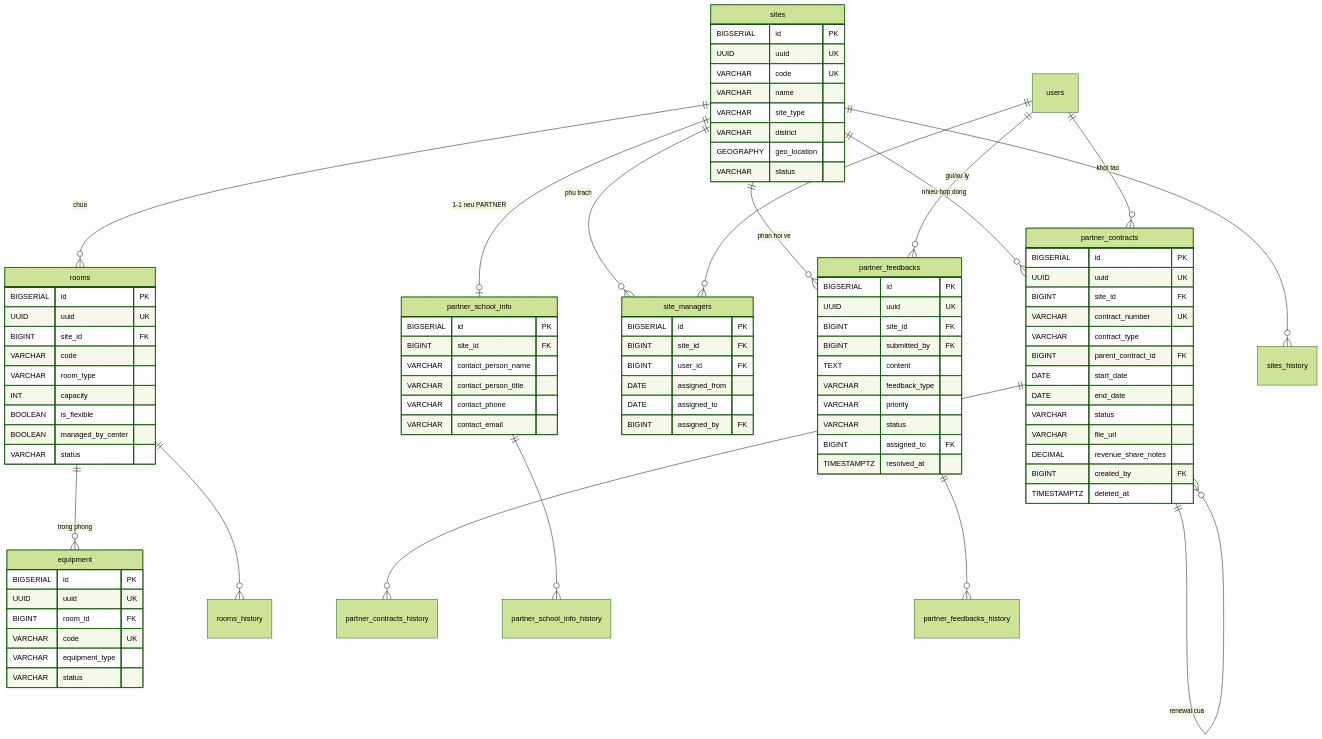
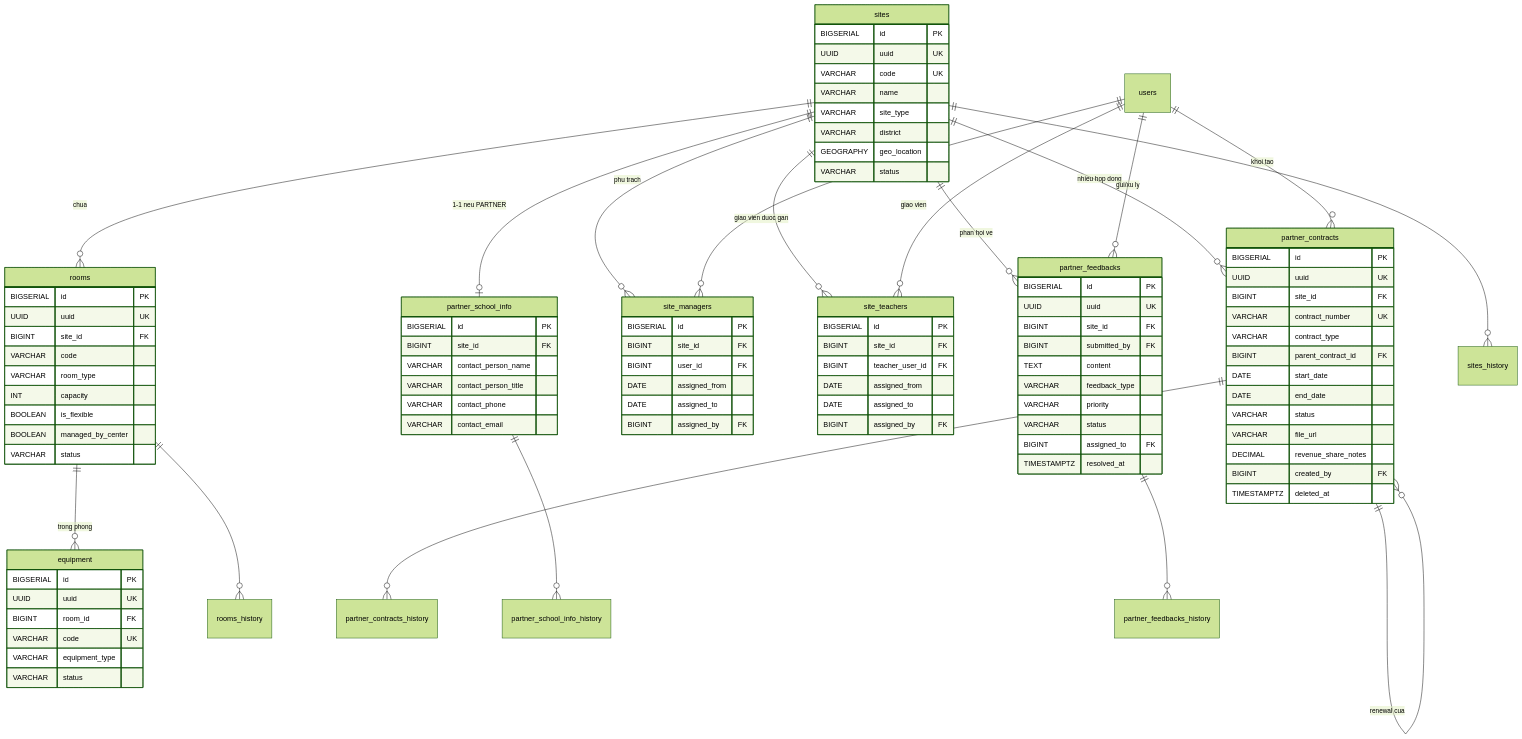
The diagram in docs/diagrams/erd/ERD-Nhom2-CoSoVatChat.mmd (langtuananh2424/pps-education), drawn with Mermaid (forest theme) before and after one commit. The commit also changed 24 other files, not shown here.

First line of the commit message:
feat(facility,academic): gan giao vien vao diem truong + gioi han xem lop hoc/diem danh theo site

```diff
--- a/docs/diagrams/erd/ERD-Nhom2-CoSoVatChat.mmd
+++ b/docs/diagrams/erd/ERD-Nhom2-CoSoVatChat.mmd
@@ -1,98 +1,109 @@
 erDiagram
     sites ||--o| partner_school_info : "1-1 neu PARTNER"
     sites ||--o{ partner_contracts : "nhieu hop dong"
     sites ||--o{ site_managers : "phu trach"
+    sites ||--o{ site_teachers : "giao vien duoc gan"
     sites ||--o{ rooms : "chua"
     sites ||--o{ partner_feedbacks : "phan hoi ve"
     sites ||--o{ sites_history : ""
 
     rooms ||--o{ equipment : "trong phong"
     rooms ||--o{ rooms_history : ""
 
     users ||--o{ site_managers : ""
+    users ||--o{ site_teachers : "giao vien"
     users ||--o{ partner_feedbacks : "gui/xu ly"
     users ||--o{ partner_contracts : "khoi tao"
 
     partner_contracts ||--o{ partner_contracts : "renewal cua"
     partner_contracts ||--o{ partner_contracts_history : ""
     partner_school_info ||--o{ partner_school_info_history : ""
     partner_feedbacks ||--o{ partner_feedbacks_history : ""
 
     sites {
         BIGSERIAL id PK
         UUID uuid UK
         VARCHAR code UK
         VARCHAR name
         VARCHAR site_type
         VARCHAR district
         GEOGRAPHY geo_location
         VARCHAR status
     }
 
     partner_school_info {
         BIGSERIAL id PK
         BIGINT site_id FK
         VARCHAR contact_person_name
         VARCHAR contact_person_title
         VARCHAR contact_phone
         VARCHAR contact_email
     }
 
     partner_contracts {
         BIGSERIAL id PK
         UUID uuid UK
         BIGINT site_id FK
         VARCHAR contract_number UK
         VARCHAR contract_type
         BIGINT parent_contract_id FK
         DATE start_date
         DATE end_date
         VARCHAR status
         VARCHAR file_url
         DECIMAL revenue_share_notes
         BIGINT created_by FK
         TIMESTAMPTZ deleted_at
     }
 
     site_managers {
         BIGSERIAL id PK
         BIGINT site_id FK
         BIGINT user_id FK
         DATE assigned_from
         DATE assigned_to
         BIGINT assigned_by FK
     }
 
+    site_teachers {
+        BIGSERIAL id PK
+        BIGINT site_id FK
+        BIGINT teacher_user_id FK
+        DATE assigned_from
+        DATE assigned_to
+        BIGINT assigned_by FK
+    }
+
     rooms {
         BIGSERIAL id PK
         UUID uuid UK
         BIGINT site_id FK
         VARCHAR code
         VARCHAR room_type
         INT capacity
         BOOLEAN is_flexible
         BOOLEAN managed_by_center
         VARCHAR status
     }
 
     equipment {
         BIGSERIAL id PK
         UUID uuid UK
         BIGINT room_id FK
         VARCHAR code UK
         VARCHAR equipment_type
         VARCHAR status
     }
 
     partner_feedbacks {
         BIGSERIAL id PK
         UUID uuid UK
         BIGINT site_id FK
         BIGINT submitted_by FK
         TEXT content
         VARCHAR feedback_type
         VARCHAR priority
         VARCHAR status
         BIGINT assigned_to FK
         TIMESTAMPTZ resolved_at
     }
```
